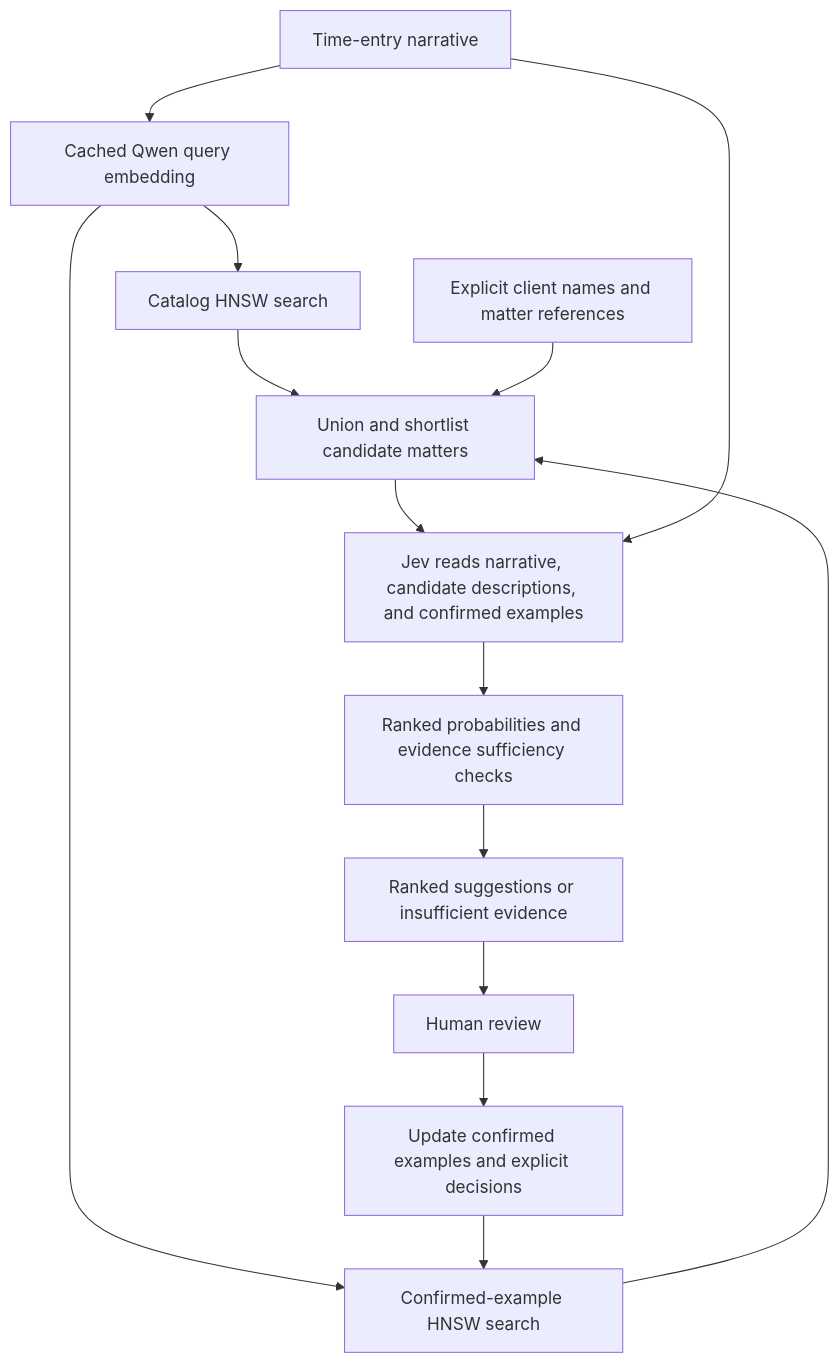
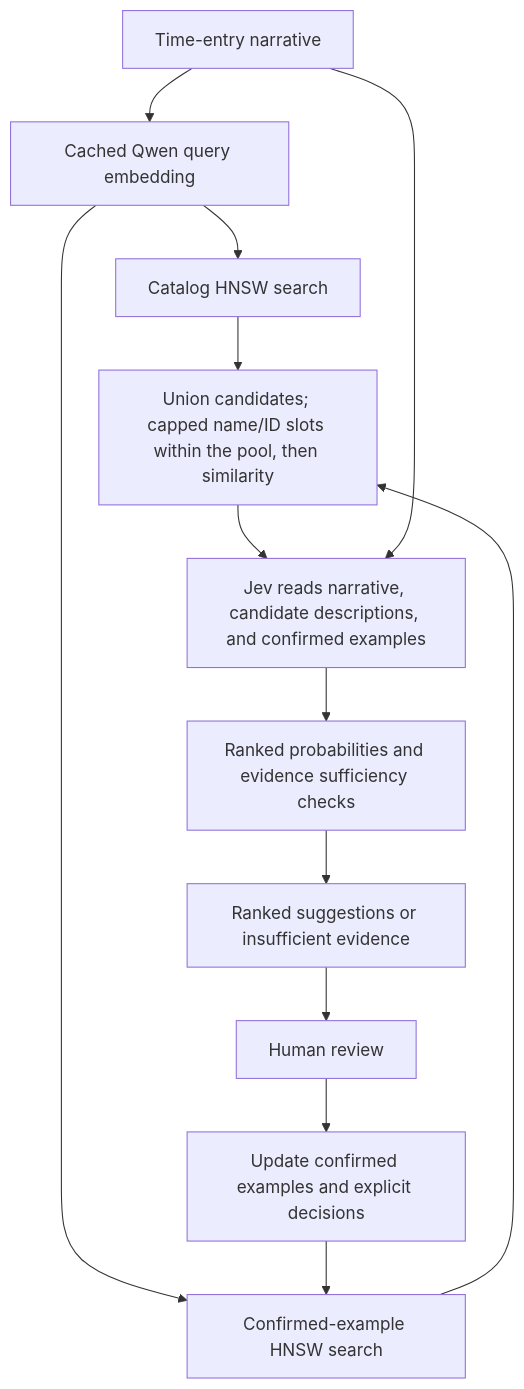
One commit to sonjoseph/PointTwo changed the diagram in CLASSIFICATION_DESIGN.md. Above: the diagram before and after it, drawn with Mermaid. The commit also changed other lines of this file and 26 other files, not shown here.

First line of the commit message:
Build the candidate pool from indexed similarity search only

````diff
--- a/CLASSIFICATION_DESIGN.md
+++ b/CLASSIFICATION_DESIGN.md
@@ -49,16 +51,15 @@
 ```mermaid
 flowchart TD
     Q[Time-entry narrative] --> E[Cached Qwen query embedding]
     E --> C[Catalog HNSW search]
     E --> H[Confirmed-example HNSW search]
-    C --> U[Union and shortlist candidate matters]
+    C --> U[Union candidates; capped name/ID slots within the pool, then similarity]
     H --> U
-    L[Explicit client names and matter references] --> U
     U --> J[Jev reads narrative, candidate descriptions, and confirmed examples]
     Q --> J
     J --> G[Ranked probabilities and evidence sufficiency checks]
     G --> R[Ranked suggestions or insufficient evidence]
     R --> D[Human review]
     D --> X[Update confirmed examples and explicit decisions]
     X --> H
 ```
````
